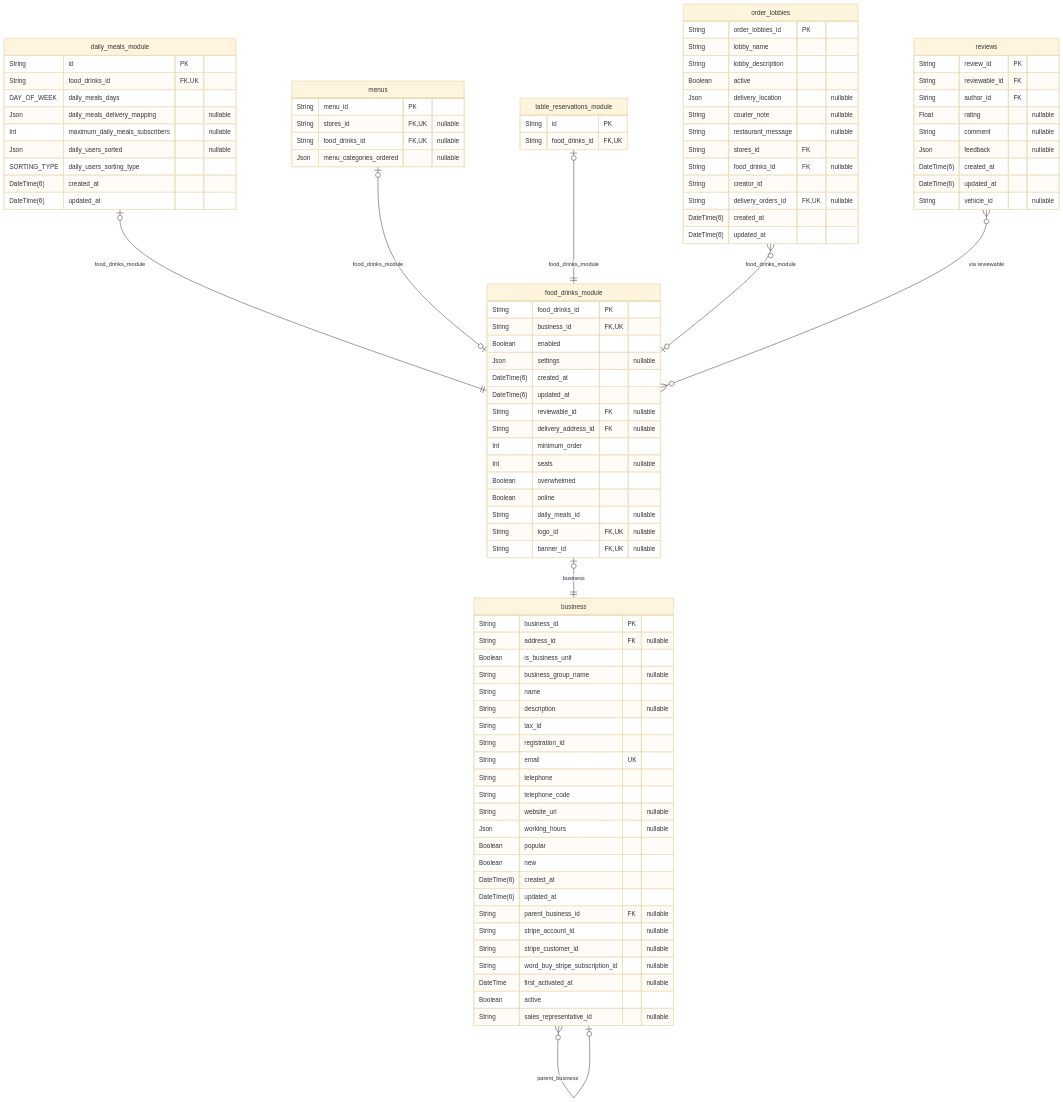
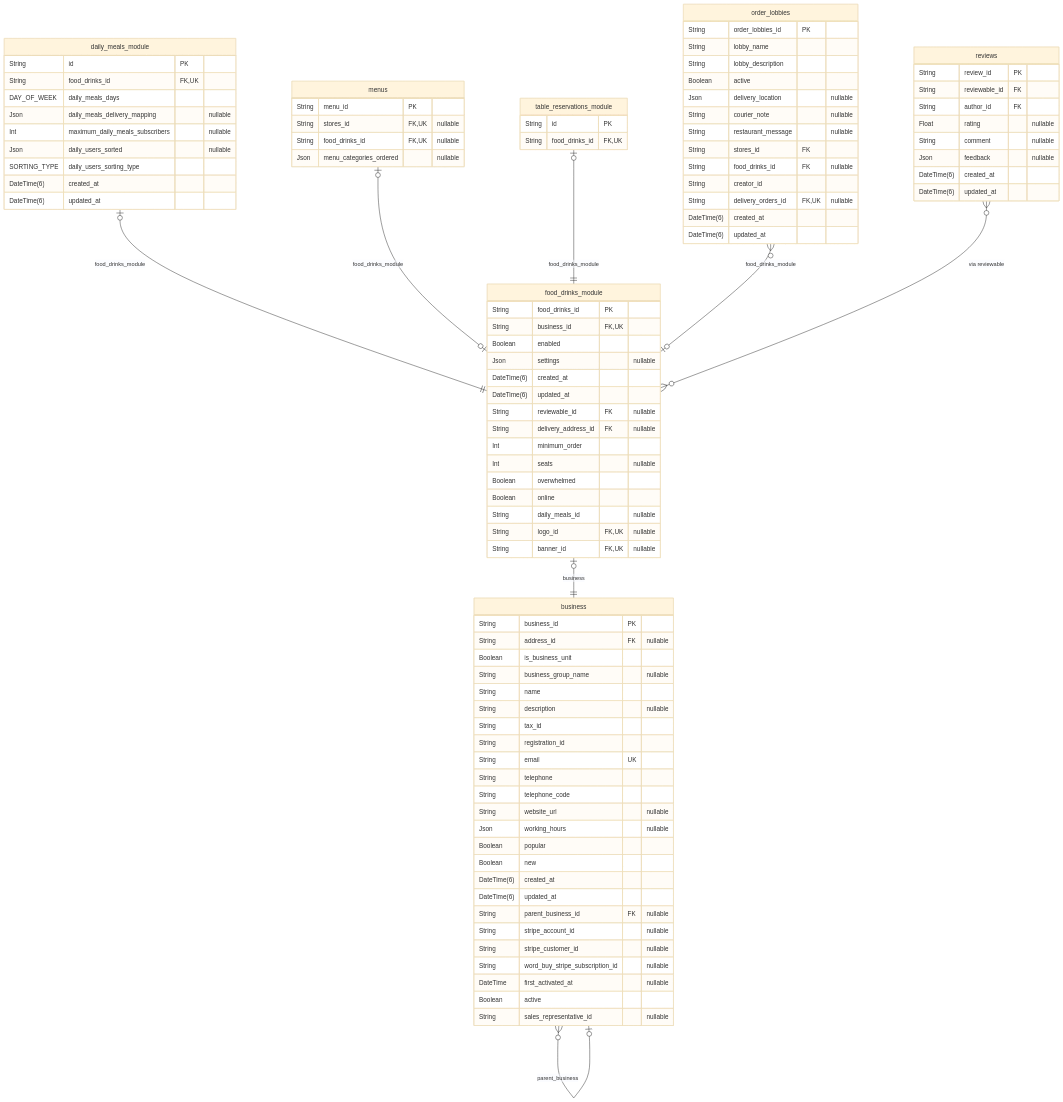
Before and after one commit to pbozic/be-analyisis: diagram 23 of 40 in prisma/schemas/ERD.md, drawn with Mermaid (base theme). The commit also changed other lines of this file and 9 other files, not shown here.

Commit message:
fix: new route for driver reviewing passenger + ERD

```diff
--- a/prisma/schemas/ERD.md
+++ b/prisma/schemas/ERD.md
@@ -3909,7 +3922,6 @@
   Json feedback "nullable"
   DateTime(6) created_at
   DateTime(6) updated_at
-  String vehicle_id "nullable"
 }
 "daily_meals_module" {
   String id PK
```
